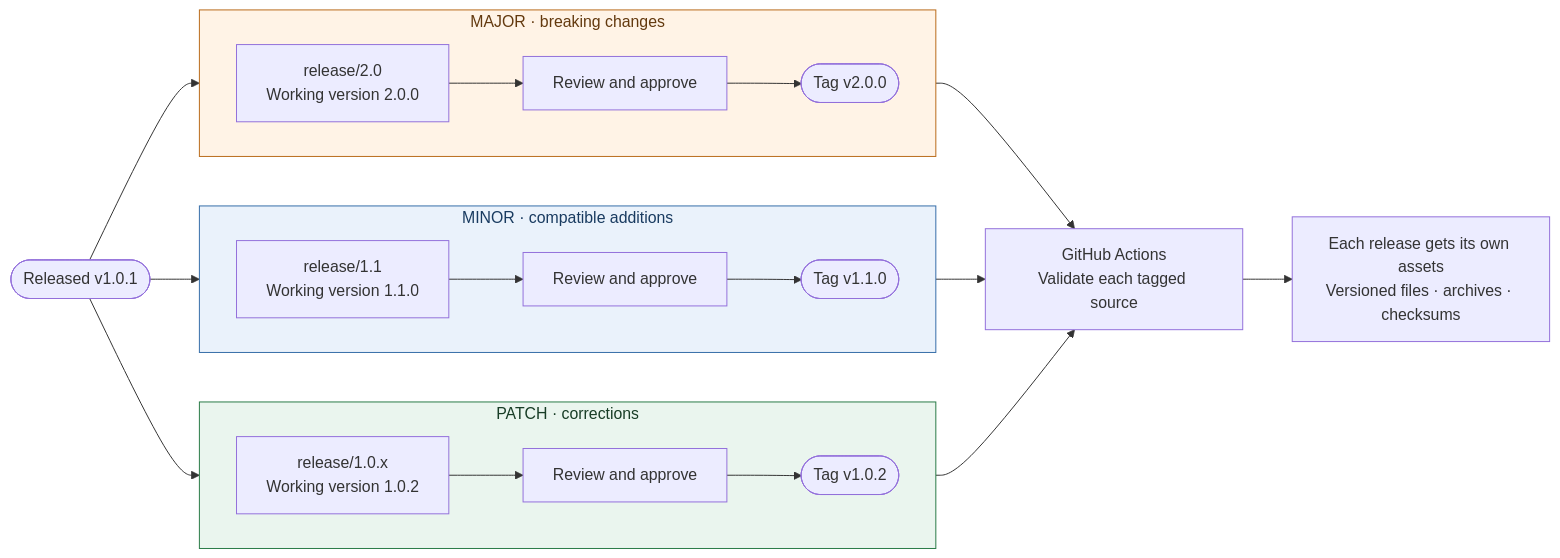
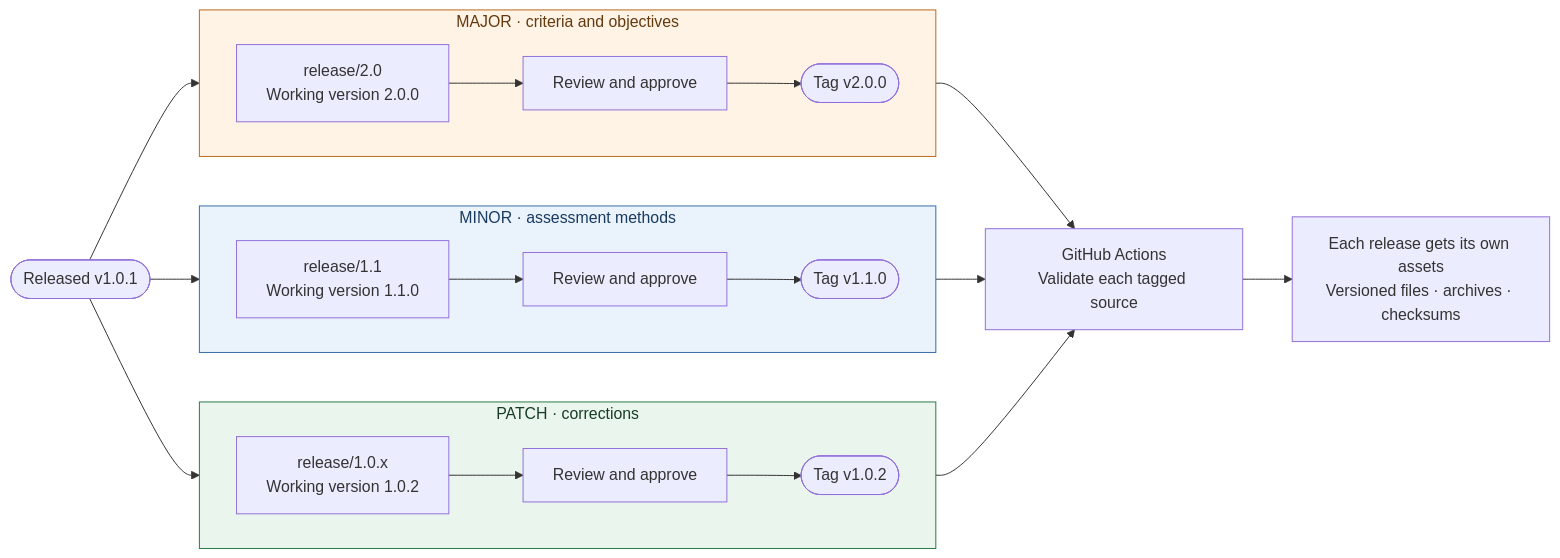
One commit to pkic/pqcmm changed the diagram in README.md. Above: the diagram before and after it, drawn with Mermaid. The commit also changed other lines of this file, not shown here.

Commit message:
docs: distinguish model objectives from assessment methods in versioning

````diff
--- a/README.md
+++ b/README.md
@@ -57,29 +59,29 @@
 ```mermaid
 flowchart LR
     BASE([Released v1.0.1])
 
     subgraph PATCH["PATCH · corrections"]
         direction LR
         P["release/1.0.x<br/>Working version 1.0.2"] --> PR["Review and approve"] --> PT([Tag v1.0.2])
     end
-    subgraph MINOR["MINOR · compatible additions"]
+    subgraph MINOR["MINOR · assessment methods"]
         direction LR
         M["release/1.1<br/>Working version 1.1.0"] --> MR["Review and approve"] --> MT([Tag v1.1.0])
     end
-    subgraph MAJOR["MAJOR · breaking changes"]
+    subgraph MAJOR["MAJOR · criteria and objectives"]
         direction LR
         N["release/2.0<br/>Working version 2.0.0"] --> NR["Review and approve"] --> NT([Tag v2.0.0])
     end
 
     BASE --> P
     BASE --> M
     BASE --> N
     PT --> CI["GitHub Actions<br/>Validate each tagged source"]
     MT --> CI
     NT --> CI
     CI --> ASSETS["Each release gets its own assets<br/>Versioned files · archives · checksums"]
 
     style PATCH fill:#eaf5ee,stroke:#287a46,color:#183d26
     style MINOR fill:#eaf2fb,stroke:#356da8,color:#193b60
     style MAJOR fill:#fff3e6,stroke:#b96a19,color:#63390e
 ```
````
